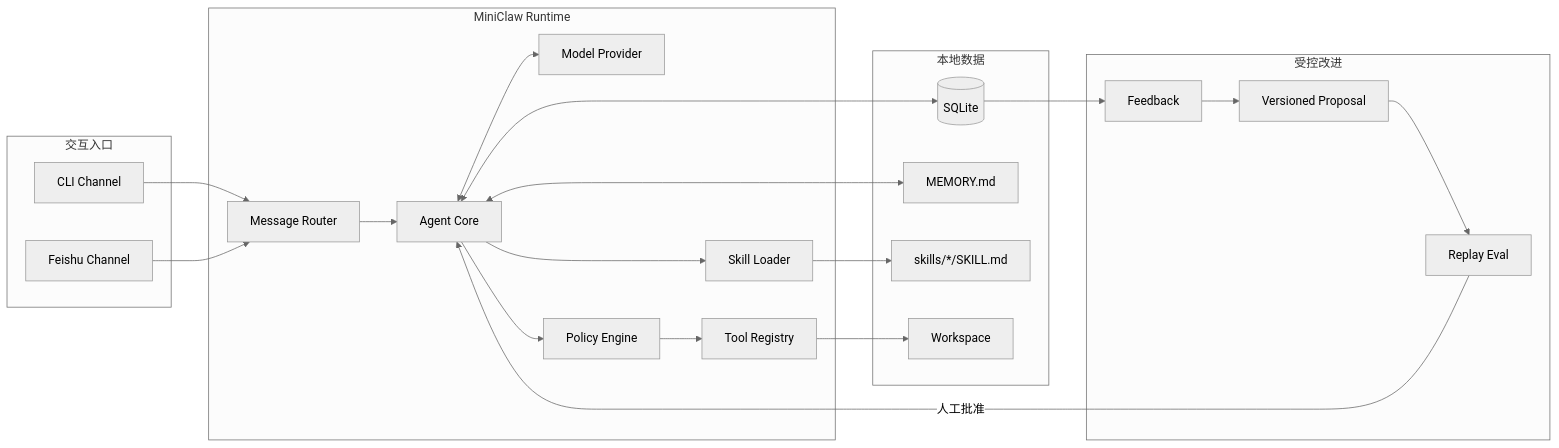
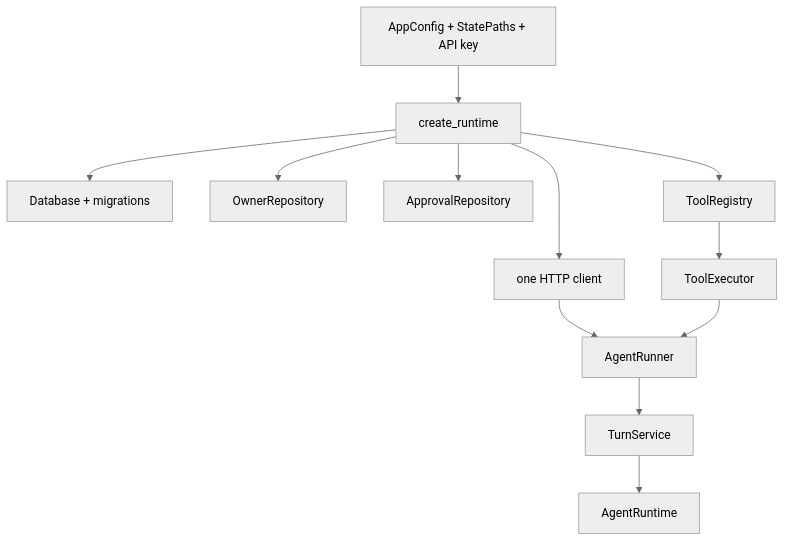
The third of 9 diagrams in docs/architecture/20260807_系统架构.md (NEDONION/lobster0), drawn with Mermaid (neutral theme) before and after one commit. The commit also changed other lines of this file and 14 other files, not shown here.

````diff
--- a/docs/architecture/20260807_系统架构.md
+++ b/docs/architecture/20260807_系统架构.md
@@ -90,40 +59,14 @@
 ```mermaid
-flowchart LR
-    subgraph ENTRY["交互入口"]
-        CLI["CLI Channel"]
-        FEISHU["Feishu Channel"]
-    end
-
-    subgraph CORE["MiniClaw Runtime"]
-        ROUTER["Message Router"]
-        AGENT["Agent Core"]
-        PROVIDER["Model Provider"]
-        POLICY["Policy Engine"]
-        TOOLS["Tool Registry"]
-        SKILLS["Skill Loader"]
-    end
-
-    subgraph DATA["本地数据"]
-        DB[("SQLite")]
-        MEMORY["MEMORY.md"]
-        SKILLFILES["skills/*/SKILL.md"]
-        WORKSPACE["Workspace"]
-    end
-
-    subgraph CHANGE["受控改进"]
-        FEEDBACK["Feedback"]
-        EVAL["Replay Eval"]
-        PROPOSAL["Versioned Proposal"]
-    end
-
-    CLI --> ROUTER
-    FEISHU --> ROUTER
-    ROUTER --> AGENT
-    AGENT <--> PROVIDER
-    AGENT --> POLICY --> TOOLS --> WORKSPACE
-    AGENT --> SKILLS --> SKILLFILES
-    AGENT <--> DB
-    AGENT <--> MEMORY
-    DB --> FEEDBACK --> PROPOSAL --> EVAL
-    EVAL -->|"人工批准"| AGENT
+flowchart TB
+    INPUT["AppConfig + StatePaths + API key"] --> CREATE["create_runtime"]
+    CREATE --> DB["Database + migrations"]
+    CREATE --> OWNER["OwnerRepository"]
+    CREATE --> PROVIDER["one HTTP client"]
+    CREATE --> APPROVAL["ApprovalRepository"]
+    CREATE --> REGISTRY["ToolRegistry"]
+    REGISTRY --> EXECUTOR["ToolExecutor"]
+    PROVIDER --> RUNNER["AgentRunner"]
+    EXECUTOR --> RUNNER
+    RUNNER --> TURN["TurnService"]
+    TURN --> RUNTIME["AgentRuntime"]
 ```
````
